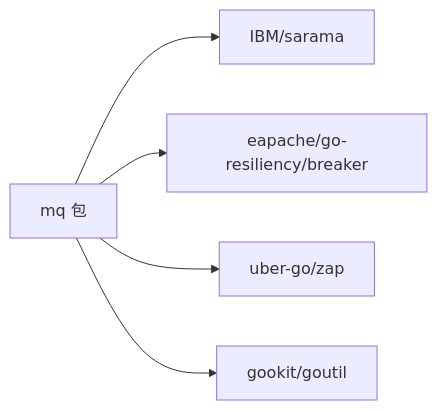
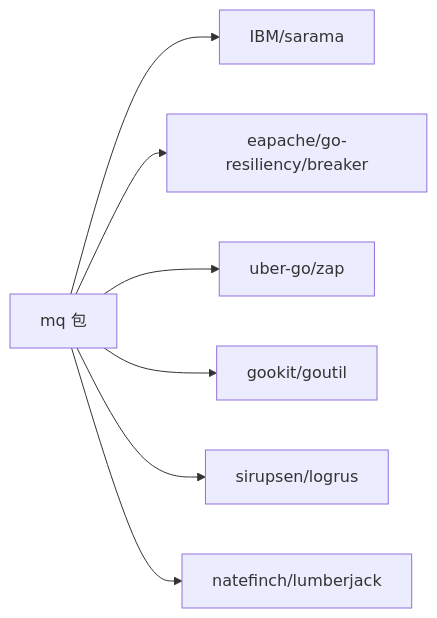
Before and after one commit to HeRedBo/pkg: the second of 8 diagrams in mq/DESIGN.md, drawn with Mermaid. The commit also changed other lines of this file and 17 other files, not shown here.

````diff
--- a/mq/DESIGN.md
+++ b/mq/DESIGN.md
@@ -49,7 +49,9 @@
 ```mermaid
 graph LR
     MQ[mq 包] --> SARAMA[IBM/sarama]
     MQ --> BREAKER[eapache/go-resiliency/breaker]
     MQ --> ZAP[uber-go/zap]
     MQ --> GOOUTIL[gookit/goutil]
+    MQ --> LOGRUS[sirupsen/logrus]
+    MQ --> LUMBERJACK[natefinch/lumberjack]
 ```
````
